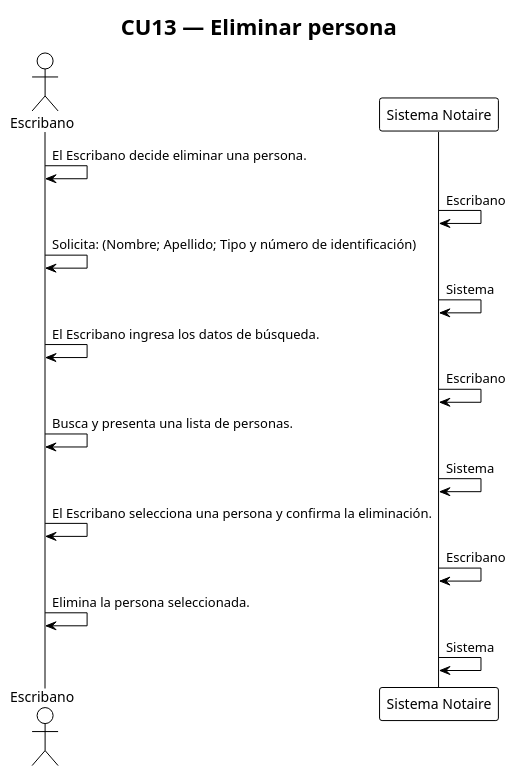
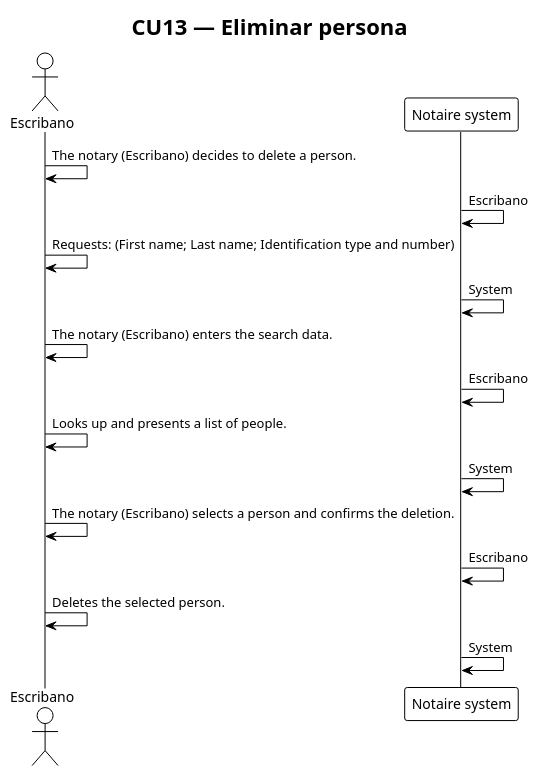
The diagram in docs/200-architecture/204-diagrams/Secuencias/seq13-eliminar-persona.puml (matiaspakua/notaire), drawn with PlantUML before and after one commit. The commit also changed 165 other files, not shown here.

First line of the commit message:
[#1490] docs(architecture): write CU sequence steps in English (#1505)

```diff
--- a/docs/200-architecture/204-diagrams/Secuencias/seq13-eliminar-persona.puml
+++ b/docs/200-architecture/204-diagrams/Secuencias/seq13-eliminar-persona.puml
@@ -1,21 +1,21 @@
 @startuml cu13
 !theme plain
 title CU13 — Eliminar persona
 
 actor "Escribano" as Actor
-participant "Sistema Notaire" as Sistema
+participant "Notaire system" as System
 
-Actor -> Actor : El Escribano decide eliminar una persona.
-Sistema -> Sistema : Escribano
-Actor -> Actor : Solicita: (Nombre; Apellido; Tipo y número de identificación)
-Sistema -> Sistema : Sistema
-Actor -> Actor : El Escribano ingresa los datos de búsqueda.
-Sistema -> Sistema : Escribano
-Actor -> Actor : Busca y presenta una lista de personas.
-Sistema -> Sistema : Sistema
-Actor -> Actor : El Escribano selecciona una persona y confirma la eliminación.
-Sistema -> Sistema : Escribano
-Actor -> Actor : Elimina la persona seleccionada.
-Sistema -> Sistema : Sistema
+Actor -> Actor : The notary (Escribano) decides to delete a person.
+System -> System : Escribano
+Actor -> Actor : Requests: (First name; Last name; Identification type and number)
+System -> System : System
+Actor -> Actor : The notary (Escribano) enters the search data.
+System -> System : Escribano
+Actor -> Actor : Looks up and presents a list of people.
+System -> System : System
+Actor -> Actor : The notary (Escribano) selects a person and confirms the deletion.
+System -> System : Escribano
+Actor -> Actor : Deletes the selected person.
+System -> System : System
 
 @enduml
```
